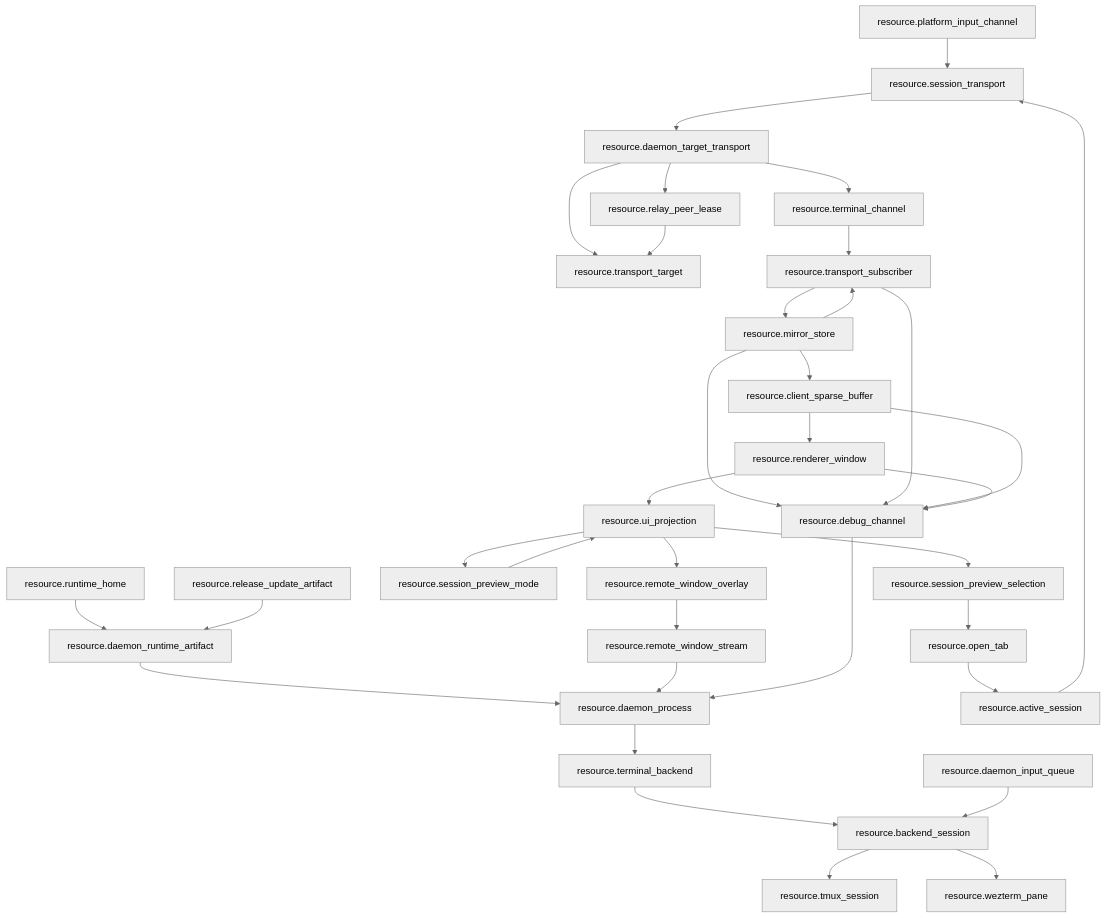
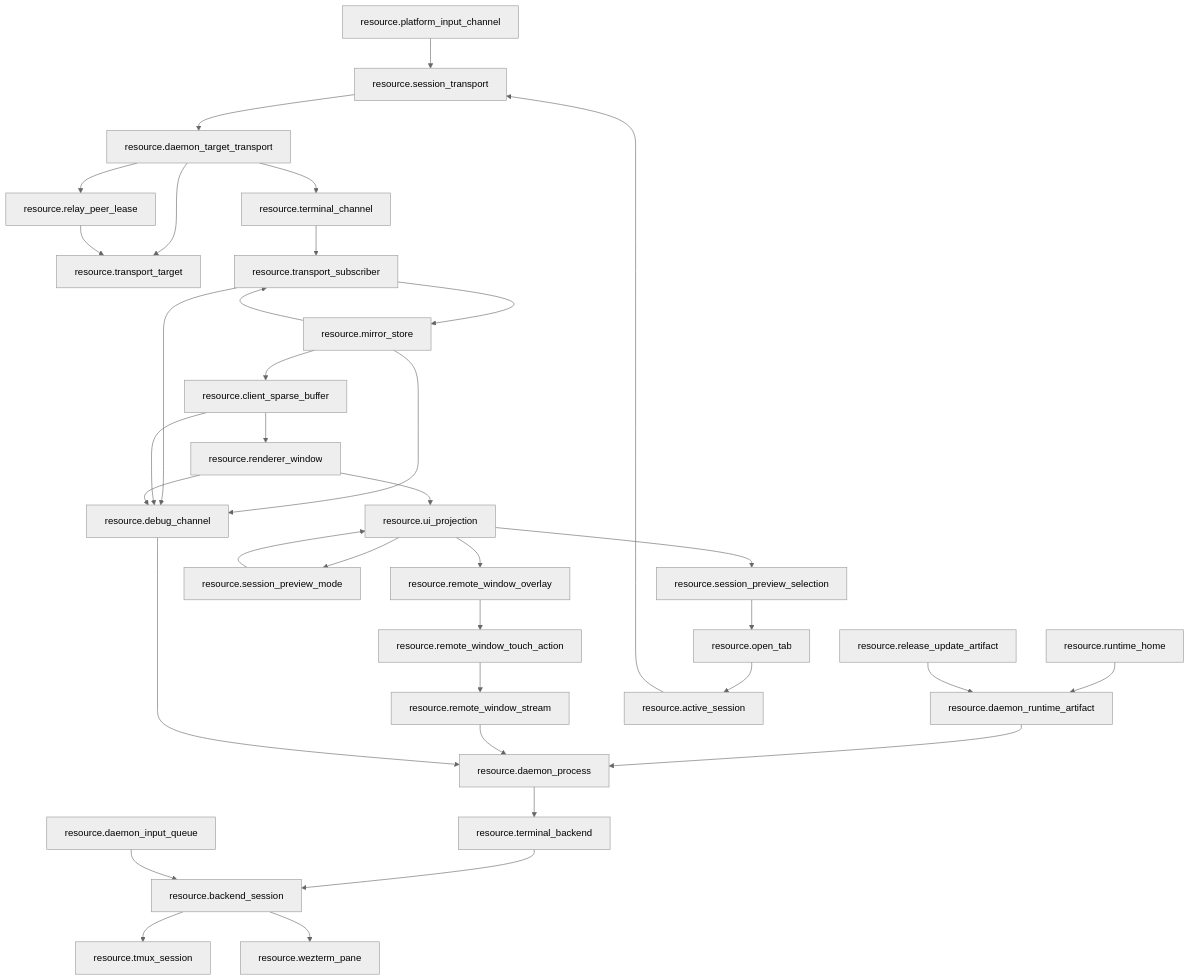
One commit to Jasonzhangf/zterm changed the fifth of 5 diagrams in android/docs/wiki/mainline-source.md. Above: the diagram before and after it, drawn with Mermaid (neutral theme). The commit also changed other lines of this file and 22 other files, not shown here.

Commit message:
fix(android): restore remote window control

````diff
--- a/android/docs/wiki/mainline-source.md
+++ b/android/docs/wiki/mainline-source.md
@@ -152,37 +153,38 @@
 ```mermaid
 flowchart TD
   RuntimeHome["resource.runtime_home"] --> DaemonArtifact["resource.daemon_runtime_artifact"]
   DaemonArtifact --> DaemonProcess["resource.daemon_process"]
   DaemonProcess --> TerminalBackend["resource.terminal_backend"]
   TerminalBackend --> BackendSession["resource.backend_session"]
   BackendSession --> TmuxSession["resource.tmux_session"]
   BackendSession --> WeztermPane["resource.wezterm_pane"]
   SessionTransport["resource.session_transport"] --> DaemonTargetTransport["resource.daemon_target_transport"]
   DaemonTargetTransport --> TransportTarget["resource.transport_target"]
   DaemonTargetTransport --> RelayPeerLease["resource.relay_peer_lease"]
   RelayPeerLease --> TransportTarget
   DaemonTargetTransport --> TerminalChannel["resource.terminal_channel"]
   TerminalChannel --> TransportSubscriber["resource.transport_subscriber"]
   TransportSubscriber --> MirrorStore["resource.mirror_store"]
   MirrorStore --> TransportSubscriber
   MirrorStore --> ClientSparseBuffer["resource.client_sparse_buffer"]
   ClientSparseBuffer --> RendererWindow["resource.renderer_window"]
   RendererWindow --> UiProjection["resource.ui_projection"]
   UiProjection --> PreviewSelection["resource.session_preview_selection"]
   UiProjection --> PreviewMode["resource.session_preview_mode"]
   UiProjection --> RemoteWindowOverlay["resource.remote_window_overlay"]
-  RemoteWindowOverlay --> RemoteWindowStream["resource.remote_window_stream"]
+  RemoteWindowOverlay --> RemoteWindowTouchActionResource["resource.remote_window_touch_action"]
+  RemoteWindowTouchActionResource --> RemoteWindowStream["resource.remote_window_stream"]
   RemoteWindowStream --> DaemonProcess
   PreviewSelection --> OpenTab
   PreviewMode --> UiProjection
   OpenTab["resource.open_tab"] --> ActiveSession["resource.active_session"]
   ActiveSession --> SessionTransport
   PlatformInput["resource.platform_input_channel"] --> SessionTransport
   DaemonInputQueue["resource.daemon_input_queue"] --> BackendSession
   ReleaseArtifact["resource.release_update_artifact"] --> DaemonArtifact
   DebugChannel["resource.debug_channel"] --> DaemonProcess
   MirrorStore --> DebugChannel
   TransportSubscriber --> DebugChannel
   ClientSparseBuffer --> DebugChannel
   RendererWindow --> DebugChannel
 ```
````
